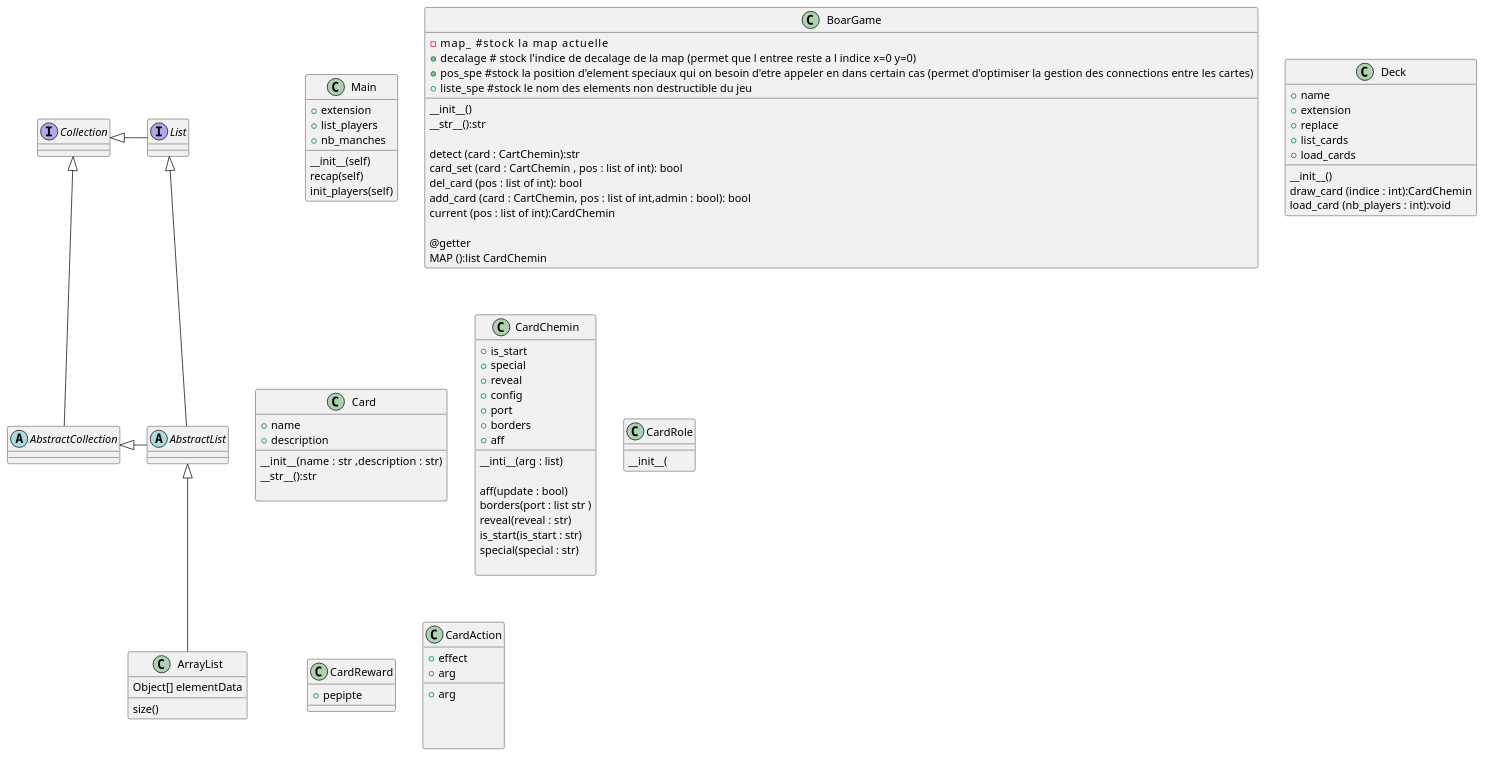
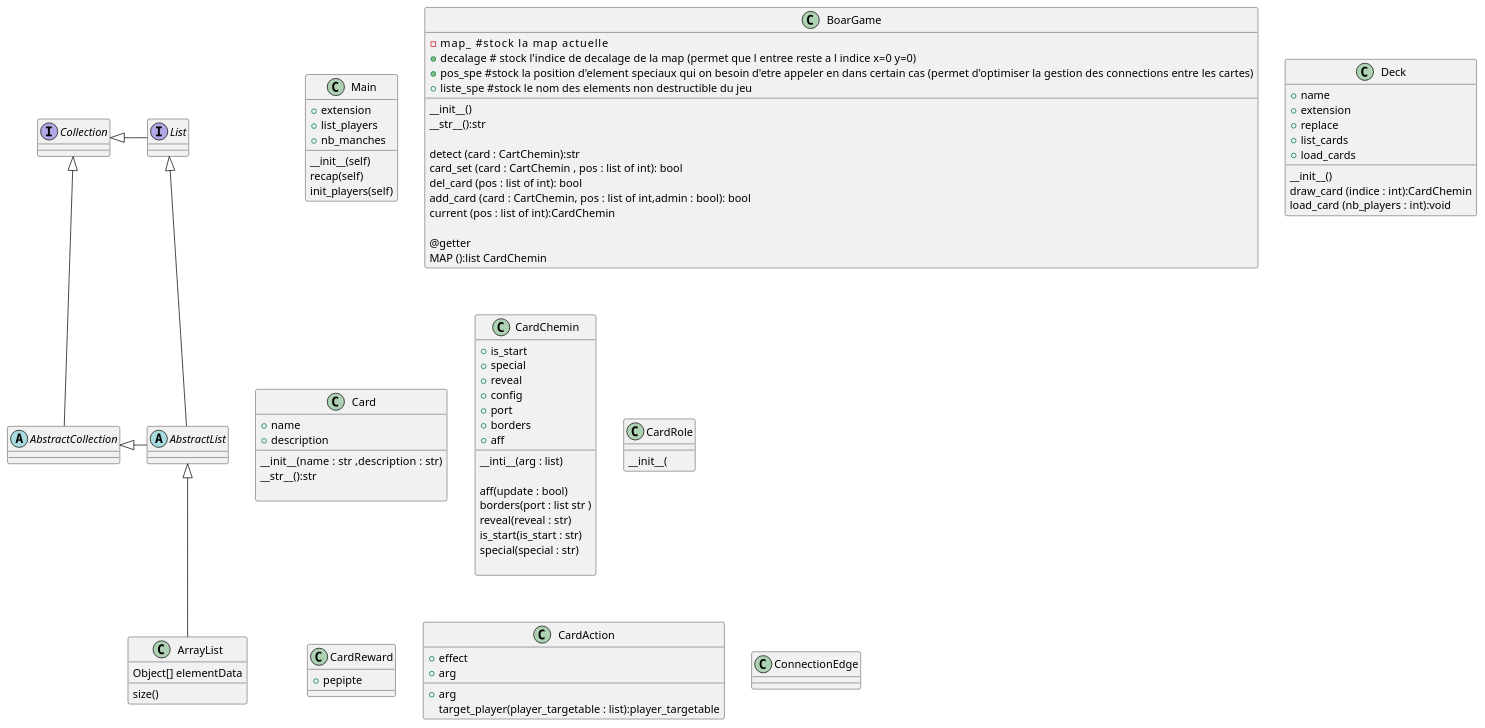
Before and after one commit to CocoLng/Kathon: the diagram in Saboteur.puml, drawn with PlantUML. The commit also changed 2 other files, not shown here.

```diff
--- a/Saboteur.puml
+++ b/Saboteur.puml
@@ -1,109 +1,113 @@
 @startuml
 'https://plantuml.com/class-diagram
 
 abstract class AbstractList
 abstract AbstractCollection
 interface List
 interface Collection
 
 
 List <|-- AbstractList
 Collection <|-- AbstractCollection
 
 Collection <|- List
 AbstractCollection <|- AbstractList
 AbstractList <|-- ArrayList
 
 class ArrayList {
 Object[] elementData
 size()
 }
 
 class Main {
 +extension
 +list_players
 +nb_manches
 __init__(self)
 recap(self)
 init_players(self)
 }
 
 class BoarGame{
 -map_         #stock la map actuelle
 +decalage  # stock l'indice de decalage de la map (permet que l entree reste a l indice x=0 y=0)
 +pos_spe #stock la position d'element speciaux qui on besoin d'etre appeler en dans certain cas (permet d'optimiser la gestion des connections entre les cartes)
 +liste_spe #stock le nom des elements non destructible du jeu
 __
 __init__()
 __str__():str
 
 detect (card : CartChemin):str
 card_set (card : CartChemin , pos : list of int): bool
 del_card (pos : list of int): bool
 add_card (card : CartChemin, pos : list of int,admin : bool): bool
 current (pos : list of int):CardChemin
 
 @getter
 MAP ():list CardChemin
 }
 
 class Deck{
 +name
 +extension
 +replace
 +list_cards
 +load_cards
 __
 __init__()
 draw_card (indice : int):CardChemin
 load_card (nb_players : int):void
 }
 
 class Card{
 +name
 +description
 __
 __init__(name :  str ,description : str)
 __str__():str
 
 }
 
 
 class CardChemin{
 +is_start
 +special
 +reveal
 +config
 +port
 +borders
 +aff
 __
 __inti__(arg : list)
 
 aff(update : bool)
 borders(port : list str )
 reveal(reveal : str)
 is_start(is_start : str)
 special(special : str)
 
 }
 
 class CardRole{
 __
 __init__(
 }
 
 class CardReward{
 +pepipte
 }
 
 class CardAction{
 +effect
 +arg
 __
 +arg
+target_player(player_targetable : list):player_targetable
+}
+
+class ConnectionEdge{
+
+}
 
 
-
-}
 @enduml
```
